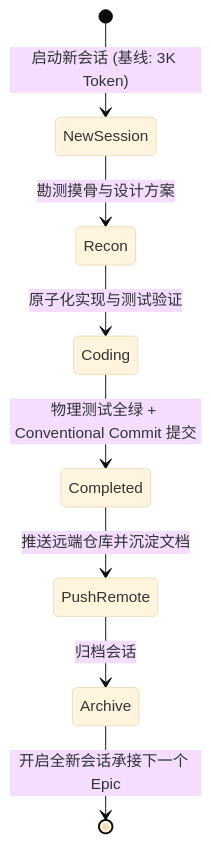
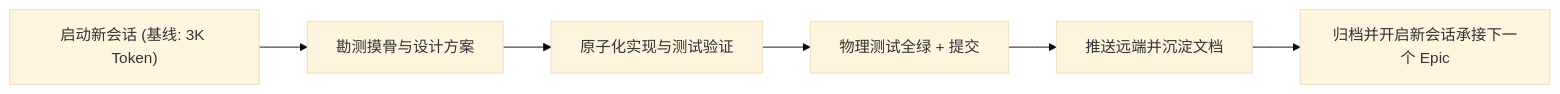
Before and after one commit to Garfield247/agent-optima: the fifth of 5 diagrams in 02-token-efficiency-and-cost-optimization.md, drawn with Mermaid (base theme). The commit also changed other lines of this file, not shown here.

Commit message:
fix: 修复 02 白皮书第 3 节及全文 Mermaid 语法兼容性

````diff
--- a/02-token-efficiency-and-cost-optimization.md
+++ b/02-token-efficiency-and-cost-optimization.md
@@ -203,10 +203,9 @@
   ```mermaid
-  stateDiagram-v2
-      [*] --> NewSession: 启动新会话 (基线: 3K Token)
-      NewSession --> Recon: 勘测摸骨与设计方案
-      Recon --> Coding: 原子化实现与测试验证
-      Coding --> Completed: 物理测试全绿 + Conventional Commit 提交
-      Completed --> PushRemote: 推送远端仓库并沉淀文档
-      PushRemote --> Archive: 归档会话
-      Archive --> [*]: 开启全新会话承接下一个 Epic
-  ```
+flowchart LR
+    S1["启动新会话 (基线: 3K Token)"] 
+    --> S2["勘测摸骨与设计方案"]
+    --> S3["原子化实现与测试验证"]
+    --> S4["物理测试全绿 + 提交"]
+    --> S5["推送远端并沉淀文档"]
+    --> S6["归档并开启新会话承接下一个 Epic"]
+```
````
